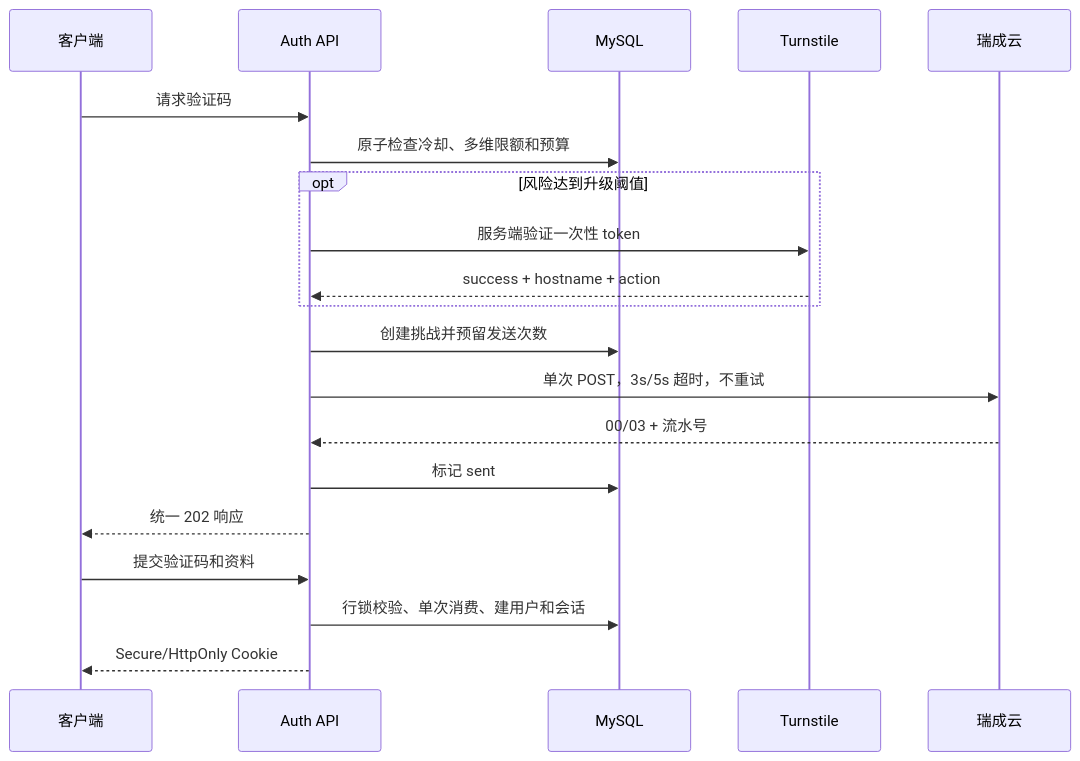
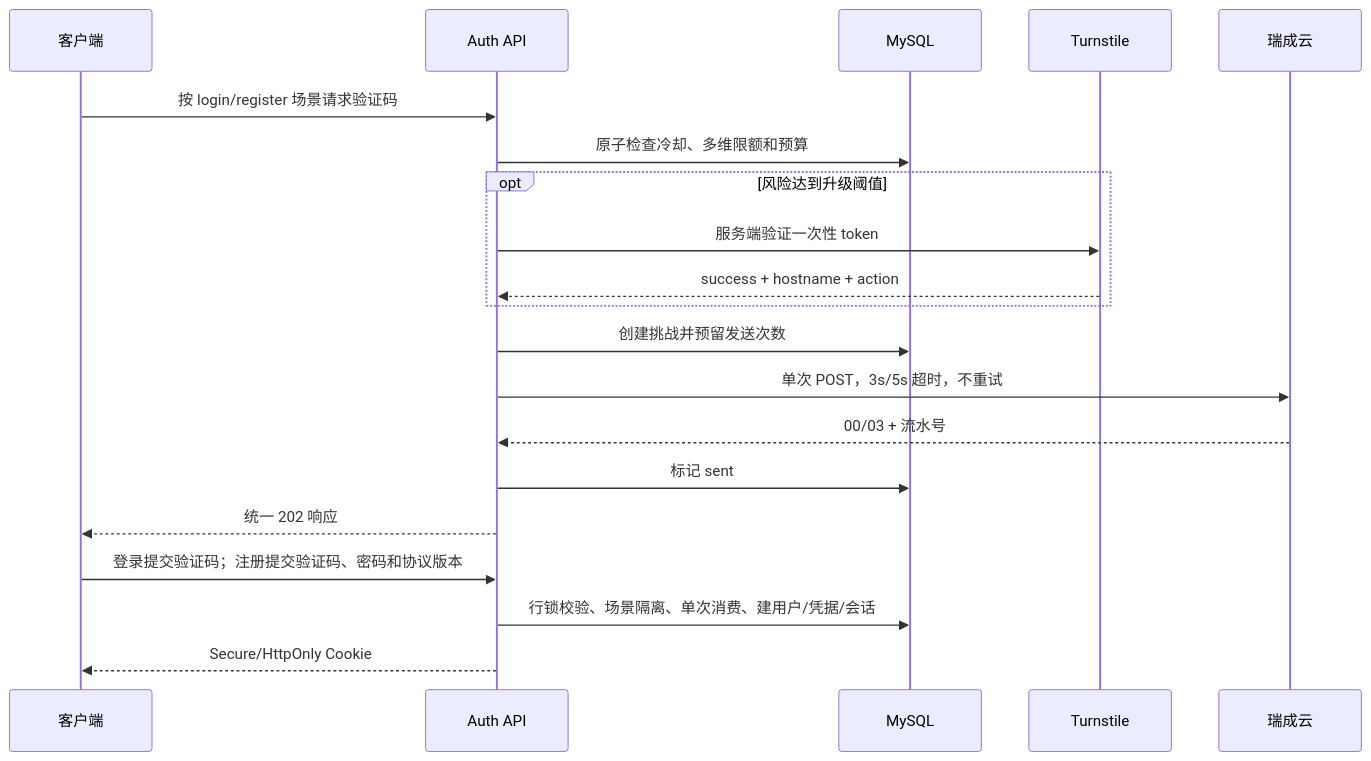
The second of 3 diagrams in PROJECT_ARCHITECTURE.md (chjesu/math-error-notebook-web), drawn with Mermaid before and after one commit. The commit also changed other lines of this file and 16 other files, not shown here.

Commit message:
docs: redesign login and registration product flow

````diff
--- a/PROJECT_ARCHITECTURE.md
+++ b/PROJECT_ARCHITECTURE.md
@@ -85,22 +87,22 @@
 ```mermaid
 sequenceDiagram
     participant C as 客户端
     participant A as Auth API
     participant D as MySQL
     participant T as Turnstile
     participant S as 瑞成云
-    C->>A: 请求验证码
+    C->>A: 按 login/register 场景请求验证码
     A->>D: 原子检查冷却、多维限额和预算
     opt 风险达到升级阈值
         A->>T: 服务端验证一次性 token
         T-->>A: success + hostname + action
     end
     A->>D: 创建挑战并预留发送次数
     A->>S: 单次 POST，3s/5s 超时，不重试
     S-->>A: 00/03 + 流水号
     A->>D: 标记 sent
     A-->>C: 统一 202 响应
-    C->>A: 提交验证码和资料
-    A->>D: 行锁校验、单次消费、建用户和会话
+    C->>A: 登录提交验证码；注册提交验证码、密码和协议版本
+    A->>D: 行锁校验、场景隔离、单次消费、建用户/凭据/会话
     A-->>C: Secure/HttpOnly Cookie
 ```
````
